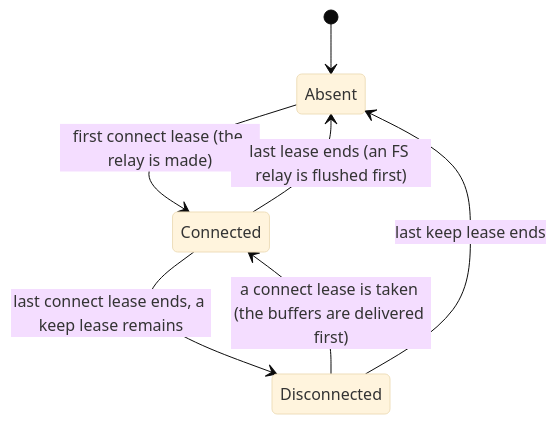
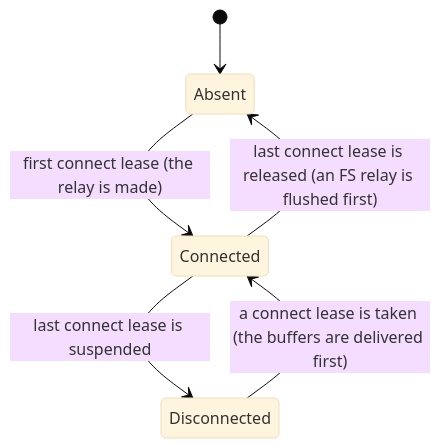
One commit to zerlok/hermod changed the third of 15 diagrams in docs/ARCHITECTURE.md. Above: the diagram before and after it, drawn with Mermaid (base theme). The commit also changed other lines of this file and 12 other files, not shown here.

First line of the commit message:
docs(air): sync architecture and the add-air-bridge change with the draft

````diff
--- a/docs/ARCHITECTURE.md
+++ b/docs/ARCHITECTURE.md
@@ -125,9 +125,8 @@
 ```mermaid
 stateDiagram-v2
     [*] --> Absent
     Absent --> Connected: first connect lease (the relay is made)
-    Connected --> Disconnected: last connect lease ends, a keep lease remains
+    Connected --> Disconnected: last connect lease is suspended
     Disconnected --> Connected: a connect lease is taken (the buffers are delivered first)
-    Connected --> Absent: last lease ends (an FS relay is flushed first)
-    Disconnected --> Absent: last keep lease ends
+    Connected --> Absent: last connect lease is released (an FS relay is flushed first)
 ```
````
